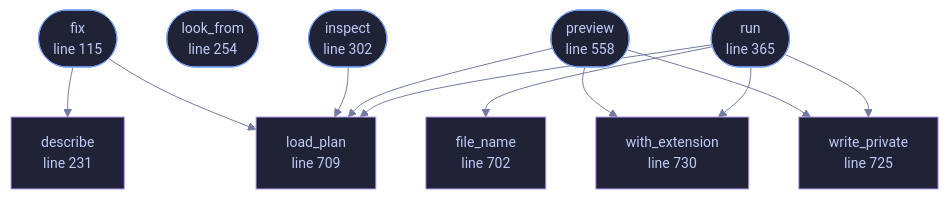
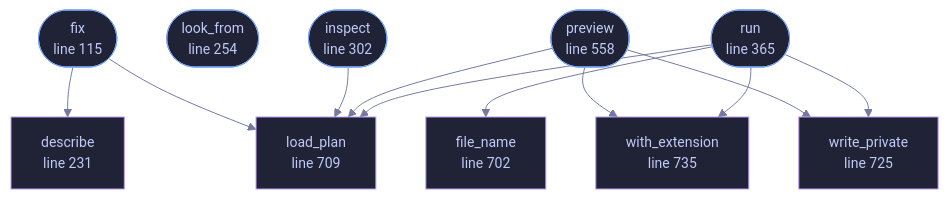
One commit to tilas01/veilvoice changed the diagram in docs/files/veilvoice-cli/conversation.md. Above: the diagram before and after it, drawn with Mermaid. The commit also changed other lines of this file and 85 other files, not shown here.

````diff
--- a/docs/files/veilvoice-cli/conversation.md
+++ b/docs/files/veilvoice-cli/conversation.md
@@ -124,38 +124,38 @@
 ```mermaid
 %%{init: {"theme":"base","themeVariables":{"background":"#1a1b26","primaryColor":"#1f2335","primaryTextColor":"#c0caf5","primaryBorderColor":"#7aa2f7","secondaryColor":"#16161e","tertiaryColor":"#16161e","lineColor":"#737aa2","textColor":"#c0caf5","mainBkg":"#1f2335","nodeBorder":"#7aa2f7","clusterBkg":"#16161e","clusterBorder":"#2f3549","fontFamily":"ui-monospace, SFMono-Regular, Consolas, monospace","fontSize":"14px"}}}%%
 flowchart TD
     n_fix(["fix<br/>line 115"])
     n_describe["describe<br/>line 231"]
     n_look_from(["look_from<br/>line 254"])
     n_inspect(["inspect<br/>line 302"])
     n_run(["run<br/>line 365"])
     n_preview(["preview<br/>line 558"])
     n_file_name["file_name<br/>line 702"]
     n_load_plan["load_plan<br/>line 709"]
     n_write_private["write_private<br/>line 725"]
-    n_with_extension["with_extension<br/>line 730"]
+    n_with_extension["with_extension<br/>line 735"]
     n_fix --> n_describe
     n_fix --> n_load_plan
     n_inspect --> n_load_plan
     n_preview --> n_load_plan
     n_preview --> n_with_extension
     n_preview --> n_write_private
     n_run --> n_file_name
     n_run --> n_load_plan
     n_run --> n_with_extension
     n_run --> n_write_private
     click n_fix href "https://github.com/tilas01/veilvoice/blob/main/crates/veilvoice-cli/src/conversation.rs#L115" "open the source"
     click n_describe href "https://github.com/tilas01/veilvoice/blob/main/crates/veilvoice-cli/src/conversation.rs#L231" "open the source"
     click n_look_from href "https://github.com/tilas01/veilvoice/blob/main/crates/veilvoice-cli/src/conversation.rs#L254" "open the source"
     click n_inspect href "https://github.com/tilas01/veilvoice/blob/main/crates/veilvoice-cli/src/conversation.rs#L302" "open the source"
     click n_run href "https://github.com/tilas01/veilvoice/blob/main/crates/veilvoice-cli/src/conversation.rs#L365" "open the source"
     click n_preview href "https://github.com/tilas01/veilvoice/blob/main/crates/veilvoice-cli/src/conversation.rs#L558" "open the source"
     click n_file_name href "https://github.com/tilas01/veilvoice/blob/main/crates/veilvoice-cli/src/conversation.rs#L702" "open the source"
     click n_load_plan href "https://github.com/tilas01/veilvoice/blob/main/crates/veilvoice-cli/src/conversation.rs#L709" "open the source"
     click n_write_private href "https://github.com/tilas01/veilvoice/blob/main/crates/veilvoice-cli/src/conversation.rs#L725" "open the source"
-    click n_with_extension href "https://github.com/tilas01/veilvoice/blob/main/crates/veilvoice-cli/src/conversation.rs#L730" "open the source"
+    click n_with_extension href "https://github.com/tilas01/veilvoice/blob/main/crates/veilvoice-cli/src/conversation.rs#L735" "open the source"
     classDef entry fill:#1f2335,stroke:#7aa2f7,color:#c0caf5
     class n_fix,n_look_from,n_inspect,n_run,n_preview entry
     classDef helper fill:#1f2335,stroke:#bb9af7,color:#c0caf5
     class n_describe,n_file_name,n_load_plan,n_write_private,n_with_extension helper
 ```
````
